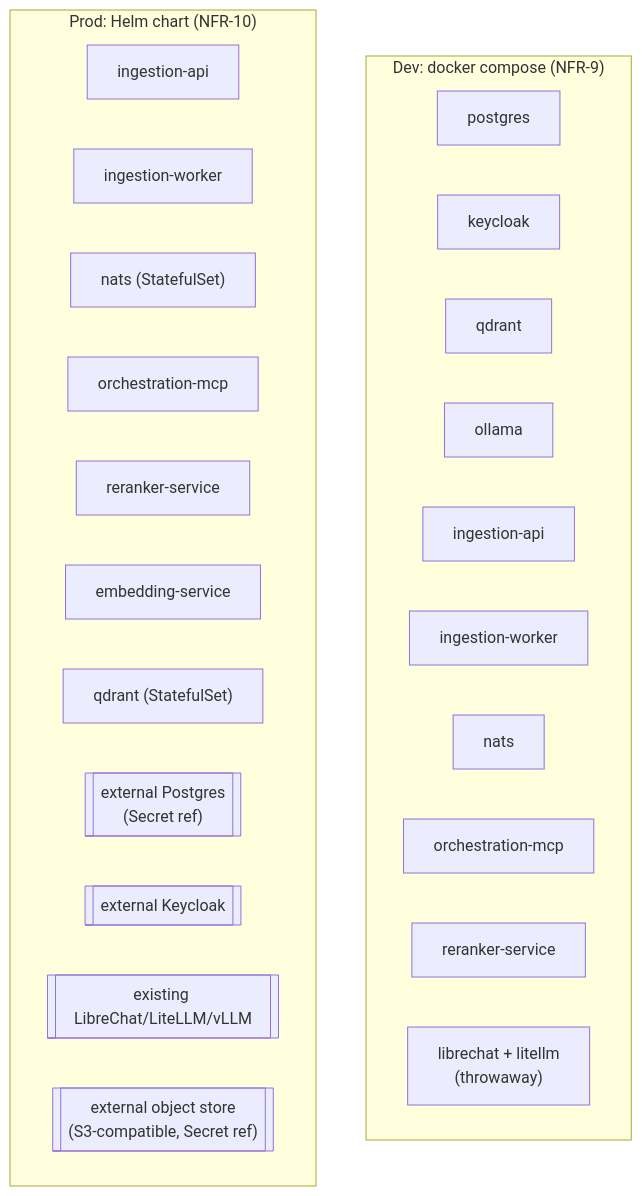
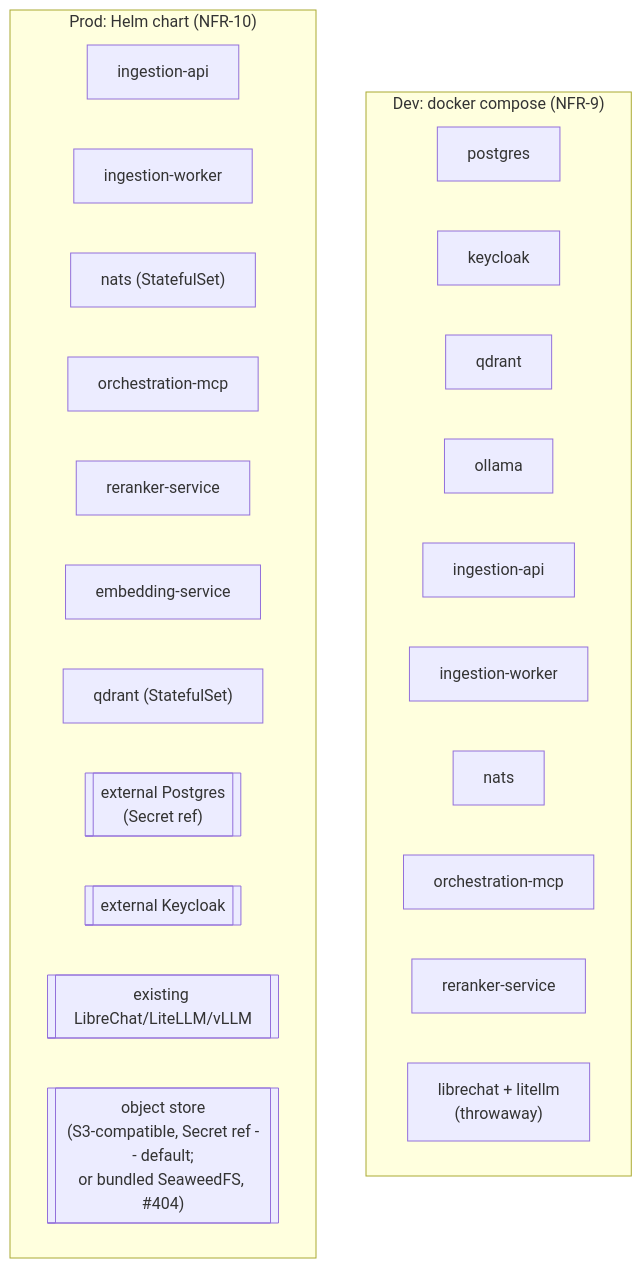
Before and after one commit to allamiro/nexus-rag: the ninth of 9 diagrams in ARCHITECTURE.md, drawn with Mermaid. The commit also changed other lines of this file and 10 other files, not shown here.

First line of the commit message:
helm: optional bundled SeaweedFS object store (issue #404) (#407)

````diff
--- a/ARCHITECTURE.md
+++ b/ARCHITECTURE.md
@@ -513,15 +513,15 @@
 ```mermaid
 flowchart TB
     subgraph dev["Dev: docker compose (NFR-9)"]
         direction LR
         d1["postgres"] & d2["keycloak"] & d3["qdrant"] & d4["ollama"] & d5["ingestion-api"] & d5b["ingestion-worker"] & d5c["nats"] & d6["orchestration-mcp"] & d7["reranker-service"] & d8["librechat + litellm<br/>(throwaway)"]
     end
     subgraph prod["Prod: Helm chart (NFR-10)"]
         direction LR
         p1["ingestion-api"] & p1b["ingestion-worker"] & p1c["nats (StatefulSet)"] & p2["orchestration-mcp"] & p3["reranker-service"] & p4["embedding-service"] & p5["qdrant (StatefulSet)"]
         p6[["external Postgres<br/>(Secret ref)"]]
         p7[["external Keycloak"]]
         p8[["existing LibreChat/LiteLLM/vLLM"]]
-        p9[["external object store<br/>(S3-compatible, Secret ref)"]]
+        p9[["object store<br/>(S3-compatible, Secret ref -- default;<br/>or bundled SeaweedFS, #404)"]]
     end
 ```
````
